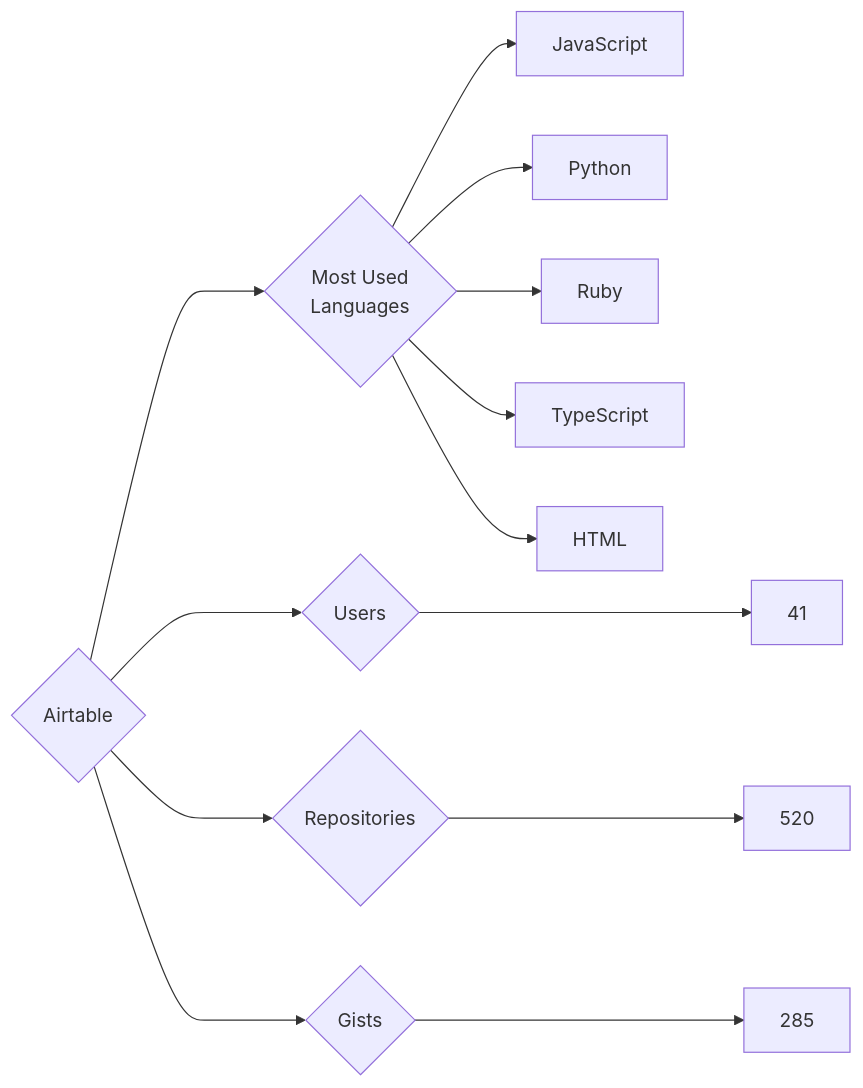
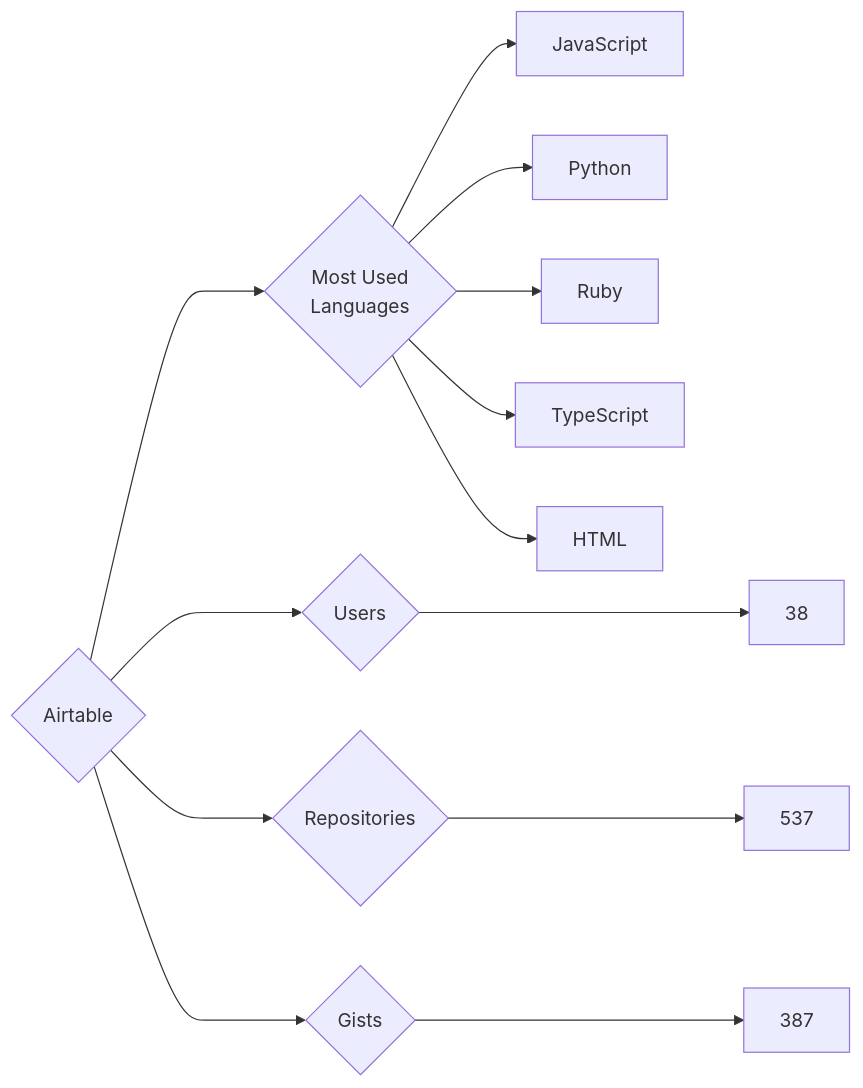
The diagram in targets/Airtable/README.md (trickest/insiders), drawn with Mermaid before and after one commit. The commit also changed 1238 other files, not shown here.

````diff
--- a/targets/Airtable/README.md
+++ b/targets/Airtable/README.md
@@ -3,13 +3,13 @@
 ```mermaid
 graph LR
 COMPANY_NAME{Airtable}
-COMPANY_NAME ---> U{Users} ---> UN[41]
-COMPANY_NAME ---> R{Repositories} ---> RN[520]
-COMPANY_NAME ---> G{Gists} ---> GN[285]
+COMPANY_NAME ---> U{Users} ---> UN[38]
+COMPANY_NAME ---> R{Repositories} ---> RN[537]
+COMPANY_NAME ---> G{Gists} ---> GN[387]
 COMPANY_NAME ---> ML{Most Used<br>Languages}
 ML --> JavaScript[JavaScript]
 ML --> Python[Python]
 ML --> Ruby[Ruby]
 ML --> TypeScript[TypeScript]
 ML --> HTML[HTML]
 ```
````
